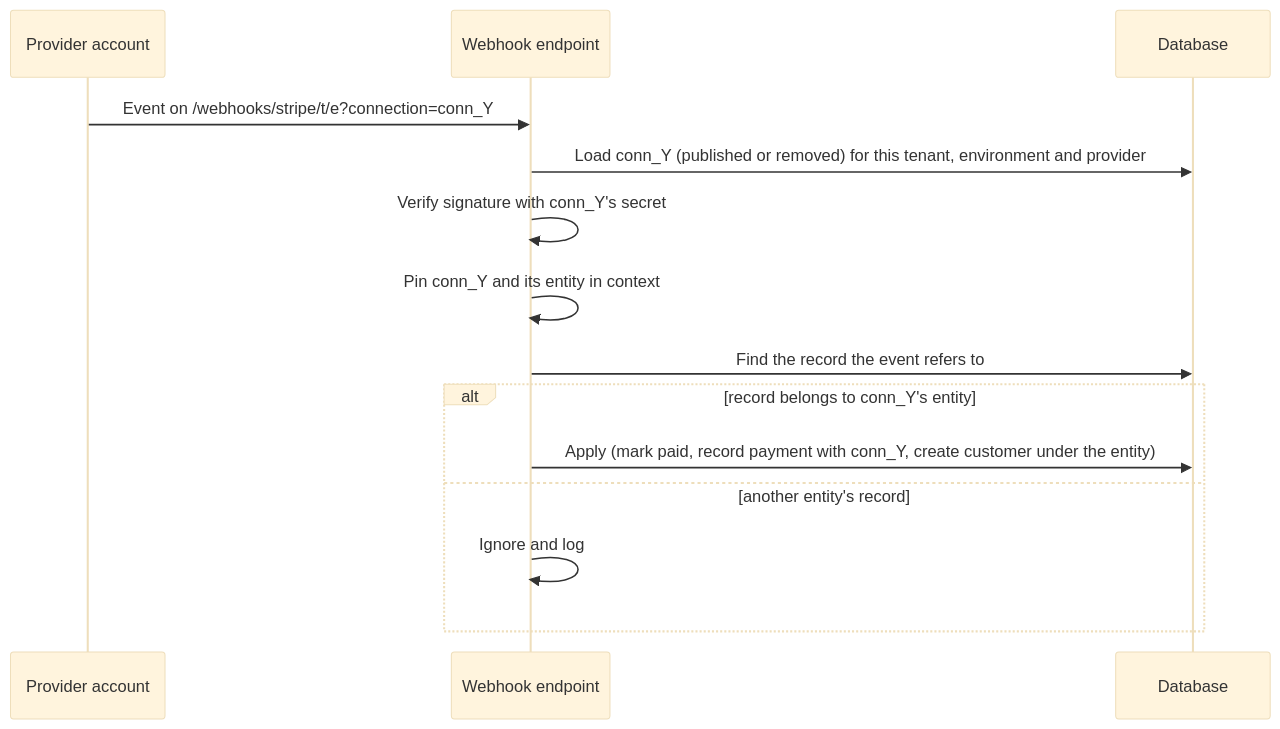
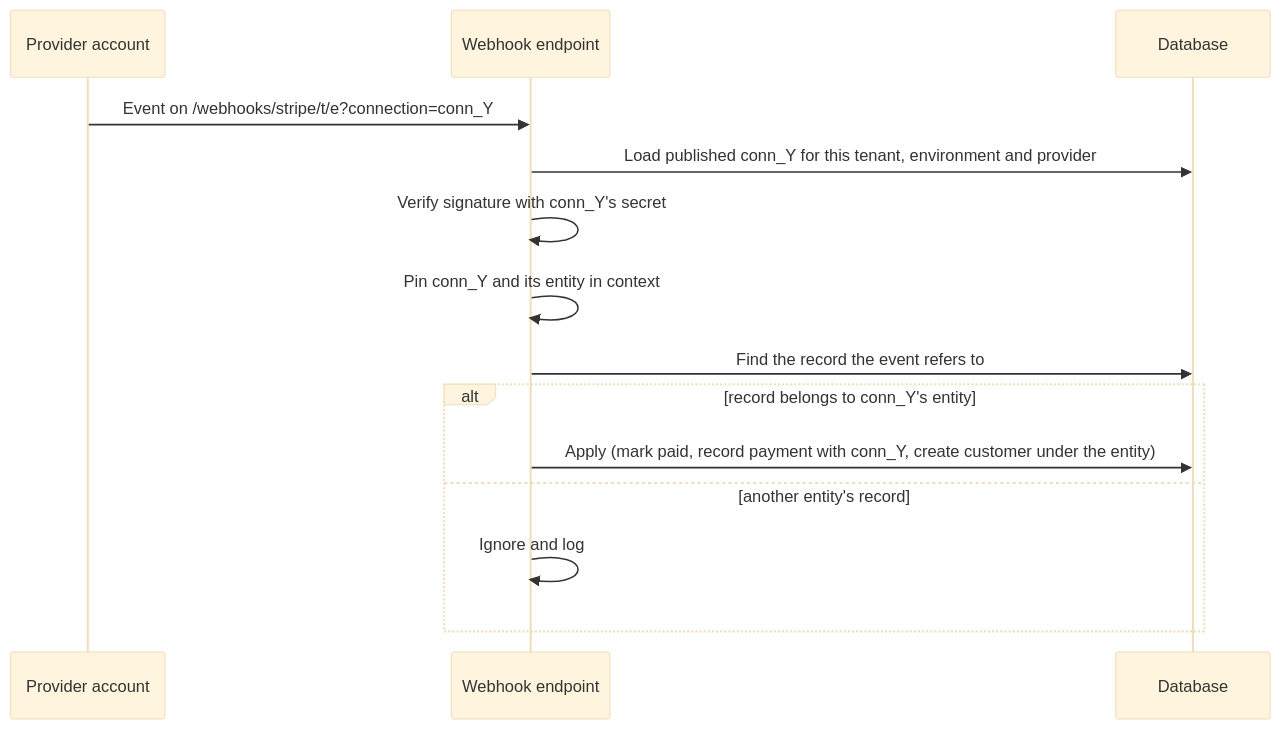
The fifth of 5 diagrams in docs/design/2026-10-28-billing-entities-p2-erd.md (flexprice/flexprice), drawn with Mermaid (base theme) before and after one commit. The commit also changed other lines of this file and 11 other files, not shown here.

````diff
--- a/docs/design/2026-10-28-billing-entities-p2-erd.md
+++ b/docs/design/2026-10-28-billing-entities-p2-erd.md
@@ -331,16 +331,16 @@
 ```mermaid
 sequenceDiagram
   participant P as Provider account
   participant API as Webhook endpoint
   participant DB as Database
   P->>API: Event on /webhooks/stripe/t/e?connection=conn_Y
-  API->>DB: Load conn_Y (published or removed) for this tenant, environment and provider
+  API->>DB: Load published conn_Y for this tenant, environment and provider
   API->>API: Verify signature with conn_Y's secret
   API->>API: Pin conn_Y and its entity in context
   API->>DB: Find the record the event refers to
   alt record belongs to conn_Y's entity
     API->>DB: Apply (mark paid, record payment with conn_Y, create customer under the entity)
   else another entity's record
     API->>API: Ignore and log
   end
 ```
````
